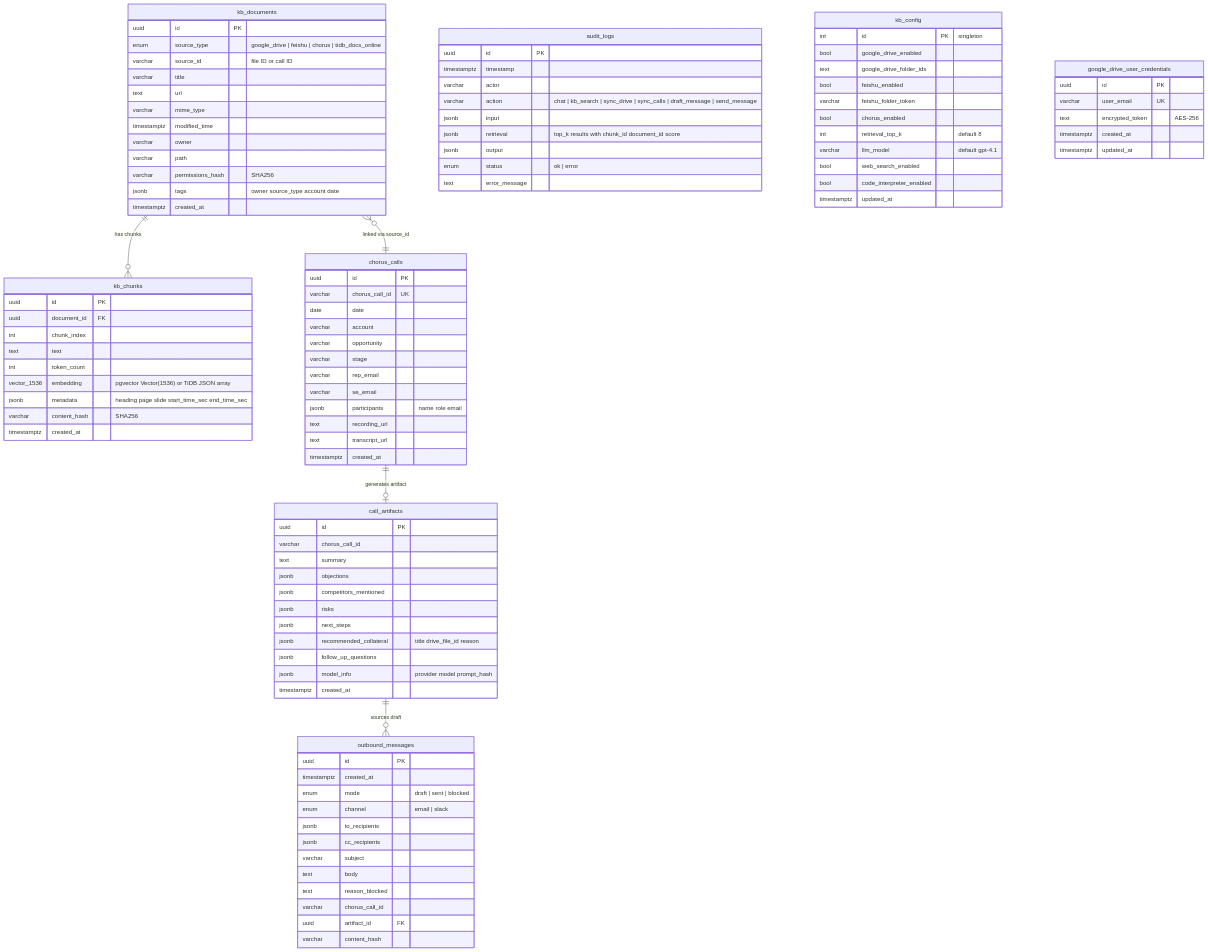
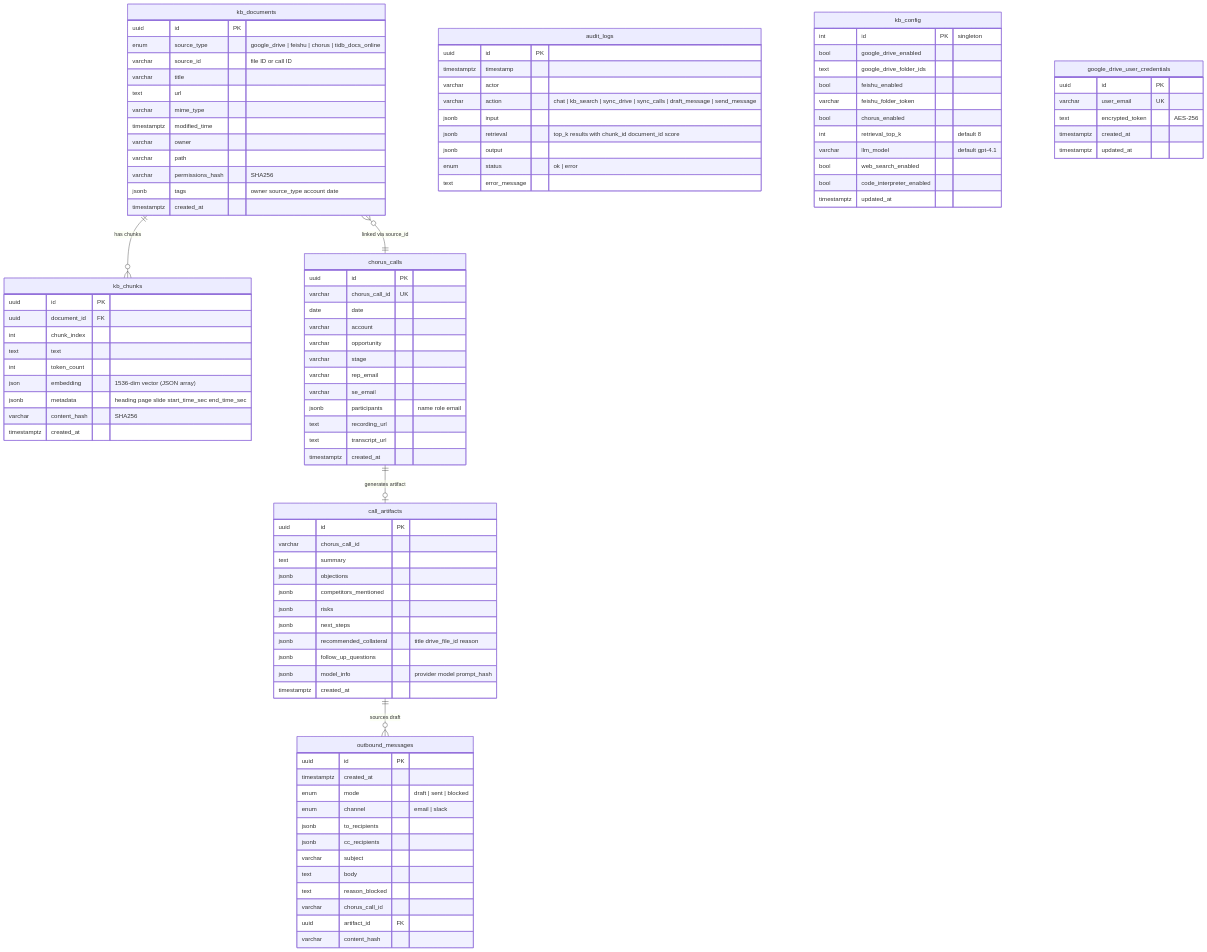
One commit to stephenlthorn/gtm-copilot-oss changed the seventh of 9 diagrams in README.md. Above: the diagram before and after it, drawn with Mermaid. The commit also changed other lines of this file, not shown here.

```diff
--- a/README.md
+++ b/README.md
@@ -374,7 +367,7 @@
         int chunk_index
         text text
         int token_count
-        vector_1536 embedding "pgvector Vector(1536) or TiDB JSON array"
+        json embedding "1536-dim vector (JSON array)"
         jsonb metadata "heading page slide start_time_sec end_time_sec"
         varchar content_hash "SHA256"
         timestamptz created_at
```
